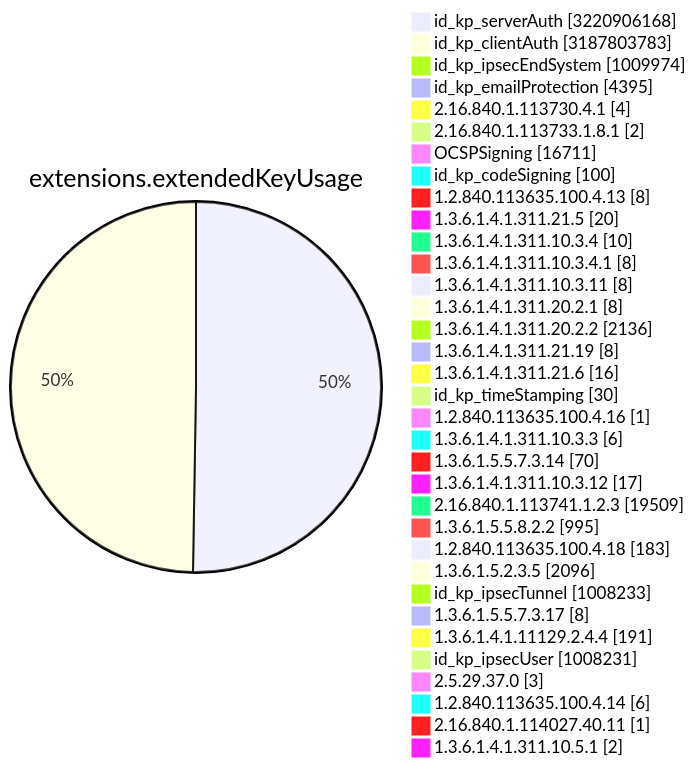
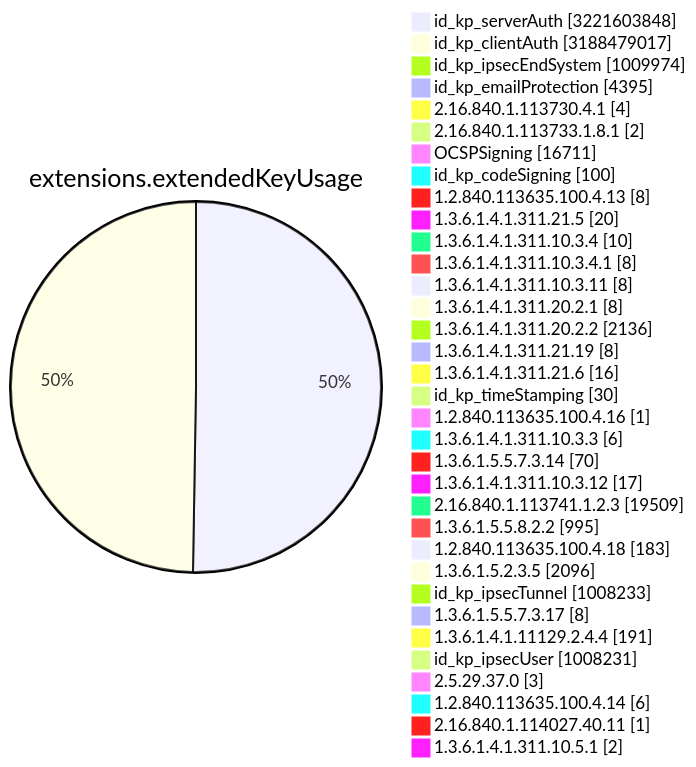
One commit to christiankrug/ctmonitor_visualization changed diagram 11 of 15 in TOTAL/README.md. Above: the diagram before and after it, drawn with Mermaid. The commit also changed other lines of this file, not shown here.

````diff
--- a/TOTAL/README.md
+++ b/TOTAL/README.md
@@ -4119,38 +4119,38 @@
 ```mermaid
 pie showData
 title extensions.extendedKeyUsage
-"id_kp_serverAuth" :3220906168
-"id_kp_clientAuth" :3187803783
+"id_kp_serverAuth" :3221603848
+"id_kp_clientAuth" :3188479017
 "id_kp_ipsecEndSystem" :1009974
 "id_kp_emailProtection" :4395
 "2.16.840.1.113730.4.1" :4
 "2.16.840.1.113733.1.8.1" :2
 "OCSPSigning" :16711
 "id_kp_codeSigning" :100
 "1.2.840.113635.100.4.13" :8
 "1.3.6.1.4.1.311.21.5" :20
 "1.3.6.1.4.1.311.10.3.4" :10
 "1.3.6.1.4.1.311.10.3.4.1" :8
 "1.3.6.1.4.1.311.10.3.11" :8
 "1.3.6.1.4.1.311.20.2.1" :8
 "1.3.6.1.4.1.311.20.2.2" :2136
 "1.3.6.1.4.1.311.21.19" :8
 "1.3.6.1.4.1.311.21.6" :16
 "id_kp_timeStamping" :30
 "1.2.840.113635.100.4.16" :1
 "1.3.6.1.4.1.311.10.3.3" :6
 "1.3.6.1.5.5.7.3.14" :70
 "1.3.6.1.4.1.311.10.3.12" :17
 "2.16.840.1.113741.1.2.3" :19509
 "1.3.6.1.5.5.8.2.2" :995
 "1.2.840.113635.100.4.18" :183
 "1.3.6.1.5.2.3.5" :2096
 "id_kp_ipsecTunnel" :1008233
 "1.3.6.1.5.5.7.3.17" :8
 "1.3.6.1.4.1.11129.2.4.4" :191
 "id_kp_ipsecUser" :1008231
 "2.5.29.37.0" :3
 "1.2.840.113635.100.4.14" :6
 "2.16.840.1.114027.40.11" :1
 "1.3.6.1.4.1.311.10.5.1" :2
 ```
````
